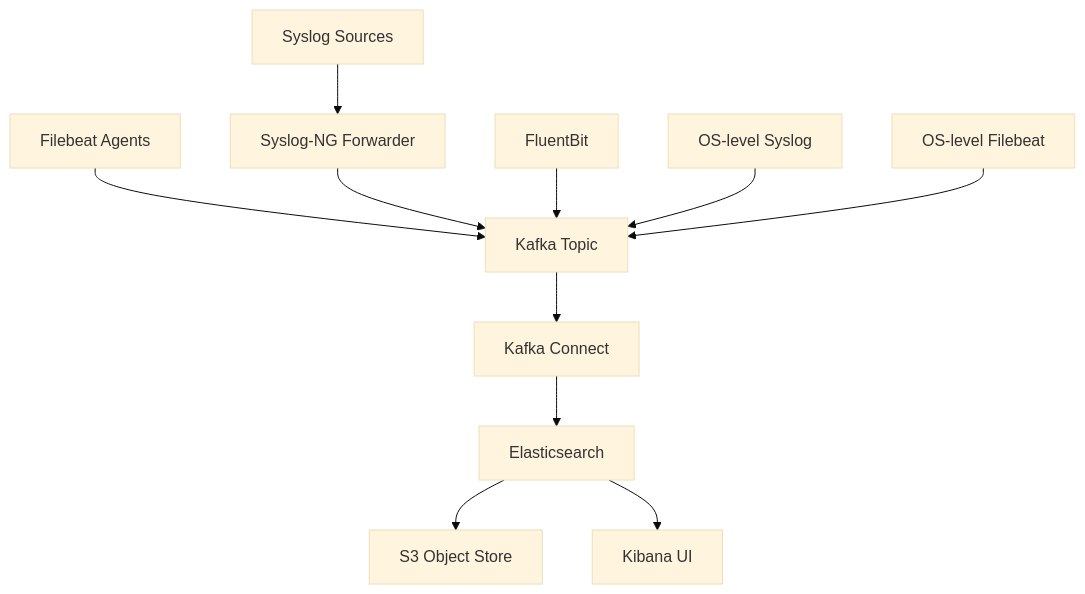
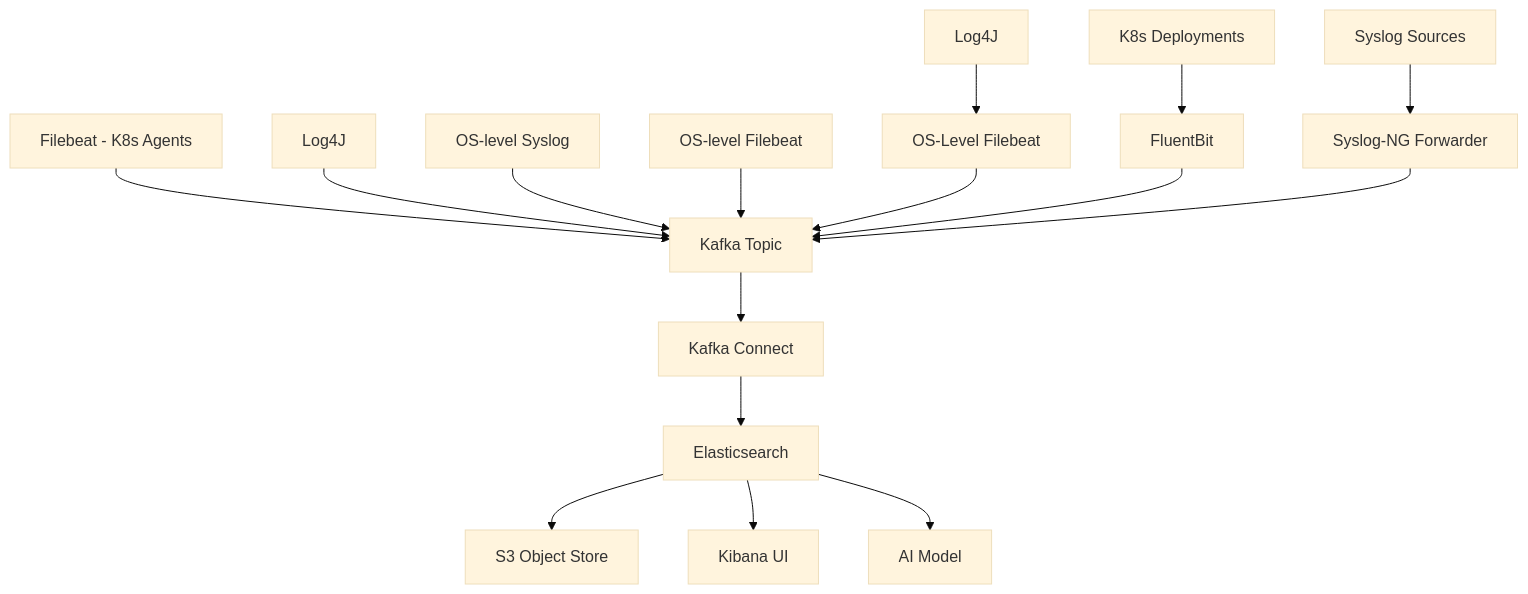
The diagram in README.md (georgelza/ElasticPipelineLab), drawn with Mermaid (base theme) before and after one commit. The commit also changed other lines of this file, not shown here.

Commit message:
Filling gaps in infrastucture/*

````diff
--- a/README.md
+++ b/README.md
@@ -42,13 +46,19 @@
 ```mermaid
 graph TD
     A[Syslog Sources] --> B[Syslog-NG Forwarder] 
-    C[Filebeat Agents] --> D[Kafka Topic]
-    B --> D
-    D --> E[Kafka Connect]
+    C[Filebeat - K8s Agents] --> X[Kafka Topic]
+    D[K8s Deployments] --> H
+    Y[Log4J] --> X
+    M[Log4J] --> L
+    I[OS-level Syslog] --> X
+    J[OS-level Filebeat] --> X
+    L[OS-Level Filebeat] --> X
+    H[FluentBit] --> X
+    B --> X
+    X --> E[Kafka Connect]
     E --> F[Elasticsearch]
     F --> K[S3 Object Store]
     F --> G[Kibana UI]
-    H[FluentBit] --> D
-    I[OS-level Syslog] --> D
-    J[OS-level Filebeat] --> D
+    F --> N[AI Model]
+
 ```
````
